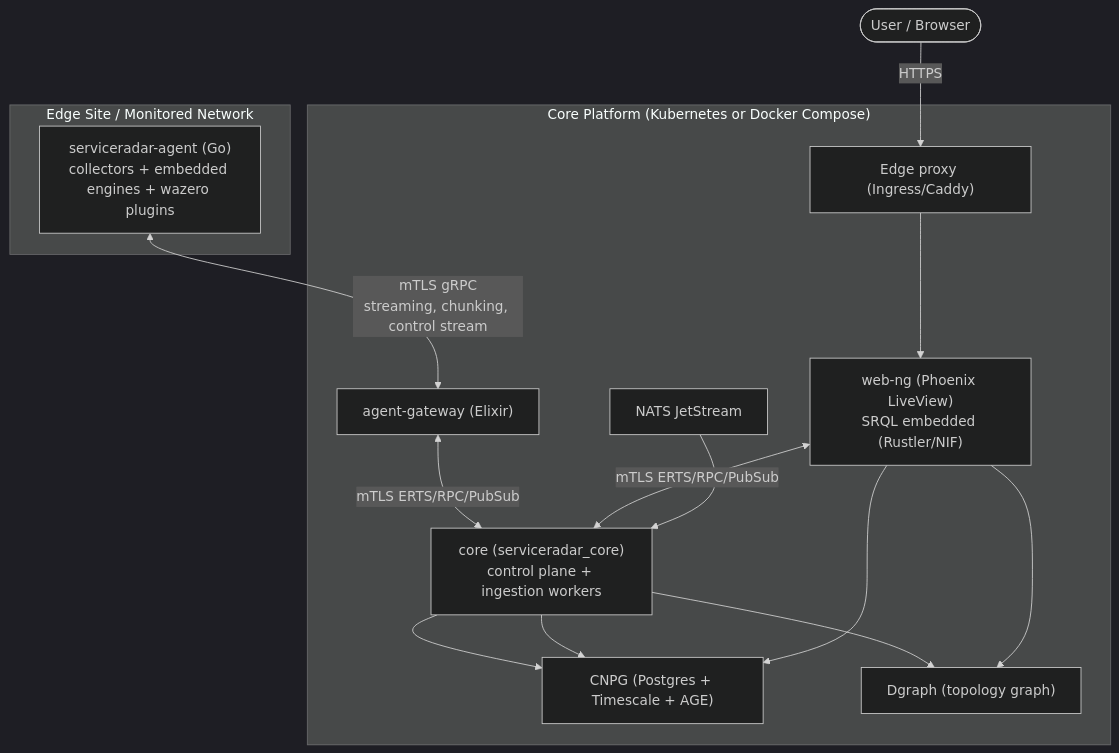
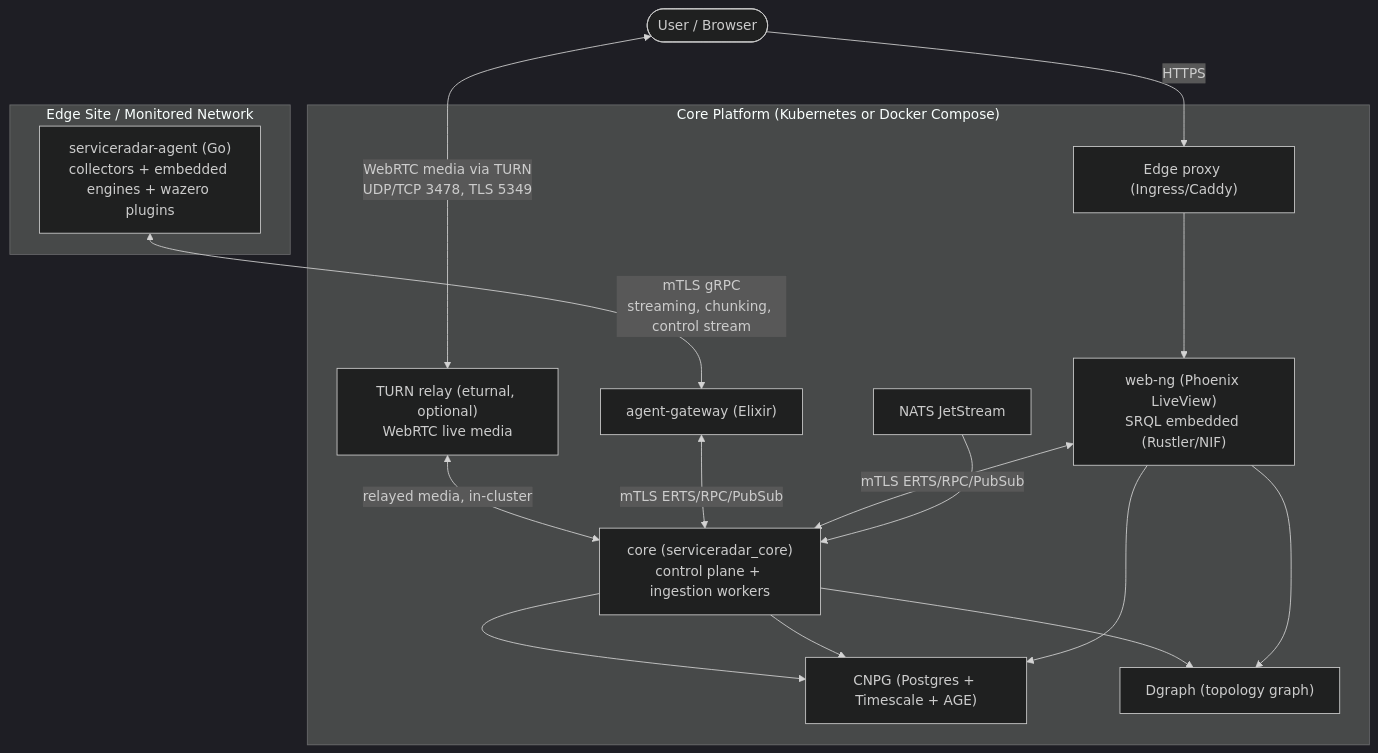
The first of 2 diagrams in docs/docs/architecture.md (carverauto/serviceradar), drawn with Mermaid (dark theme) before and after one commit. The commit also changed other lines of this file and 5 other files, not shown here.

First line of the commit message:
docs(webrtc): TURN relay operator guide and media-path architecture

````diff
--- a/docs/docs/architecture.md
+++ b/docs/docs/architecture.md
@@ -21,35 +21,39 @@
 ```mermaid
 flowchart TB
   User([User / Browser])
 
   subgraph Core["Core Platform (Kubernetes or Docker Compose)"]
     Ingress["Edge proxy (Ingress/Caddy)"]
     Web["web-ng (Phoenix LiveView)<br/>SRQL embedded (Rustler/NIF)"]
     CoreSvc["core (serviceradar_core)<br/>control plane + ingestion workers"]
     GW["agent-gateway (Elixir)"]
 
     NATS["NATS JetStream"]
 
     DB["CNPG (Postgres + Timescale + AGE)"]
     DgraphDB["Dgraph (topology graph)"]
+
+    TURN["TURN relay (eturnal, optional)<br/>WebRTC live media"]
   end
 
   subgraph Edge["Edge Site / Monitored Network"]
     Agent["serviceradar-agent (Go)<br/>collectors + embedded engines + wazero plugins"]
   end
 
   User -->|HTTPS| Ingress --> Web
+  User <-->|WebRTC media via TURN<br/>UDP/TCP 3478, TLS 5349| TURN
+  TURN <-->|relayed media, in-cluster| CoreSvc
 
   Agent <-->|mTLS gRPC<br/>streaming, chunking, control stream| GW
   GW <-->|mTLS ERTS/RPC/PubSub| CoreSvc
   Web <-->|mTLS ERTS/RPC/PubSub| CoreSvc
 
   %% Bulk ingestion
   NATS --> CoreSvc --> DB
 
   CoreSvc --> DB
   Web --> DB
 
   CoreSvc --> DgraphDB
   Web --> DgraphDB
 ```
````
